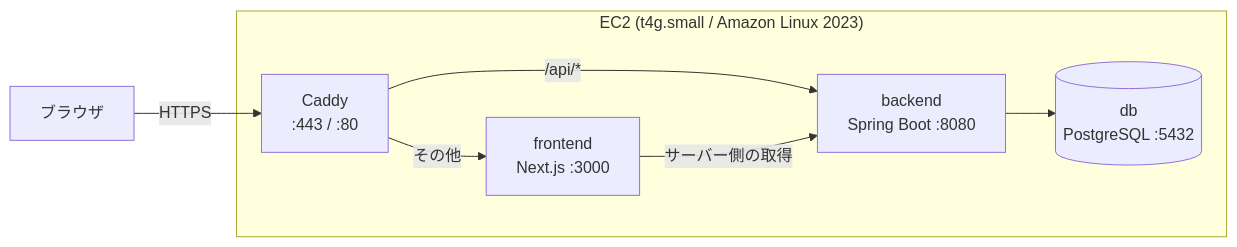
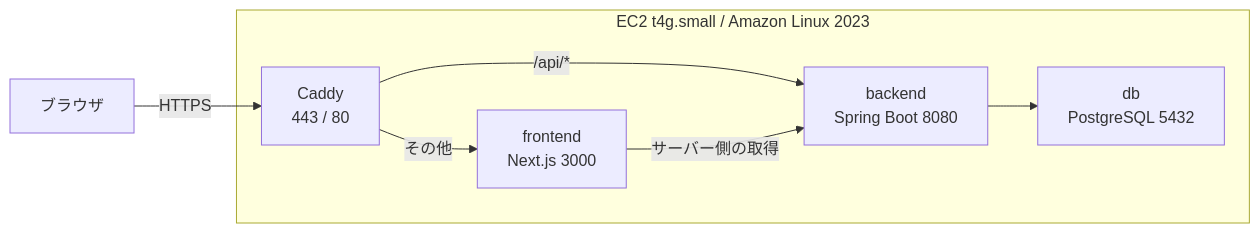
The diagram in README.md (kanioh/escape-the-office), drawn with Mermaid before and after one commit.

Commit message:
Simplify the Mermaid diagram for GitHub rendering

````diff
--- a/README.md
+++ b/README.md
@@ -49,17 +49,17 @@
 ```mermaid
 flowchart LR
     browser["ブラウザ"]
 
-    subgraph ec2["EC2 (t4g.small / Amazon Linux 2023)"]
-        caddy["Caddy<br/>:443 / :80"]
-        frontend["frontend<br/>Next.js :3000"]
-        backend["backend<br/>Spring Boot :8080"]
-        db[("db<br/>PostgreSQL :5432")]
+    subgraph ec2["EC2 t4g.small / Amazon Linux 2023"]
+        caddy["Caddy<br/>443 / 80"]
+        frontend["frontend<br/>Next.js 3000"]
+        backend["backend<br/>Spring Boot 8080"]
+        db["db<br/>PostgreSQL 5432"]
     end
 
-    browser -- HTTPS --> caddy
-    caddy -- "その他" --> frontend
-    caddy -- "/api/*" --> backend
-    frontend -- "サーバー側の取得" --> backend
+    browser -->|"HTTPS"| caddy
+    caddy -->|"その他"| frontend
+    caddy -->|"/api/*"| backend
+    frontend -->|"サーバー側の取得"| backend
     backend --> db
 ```
````
